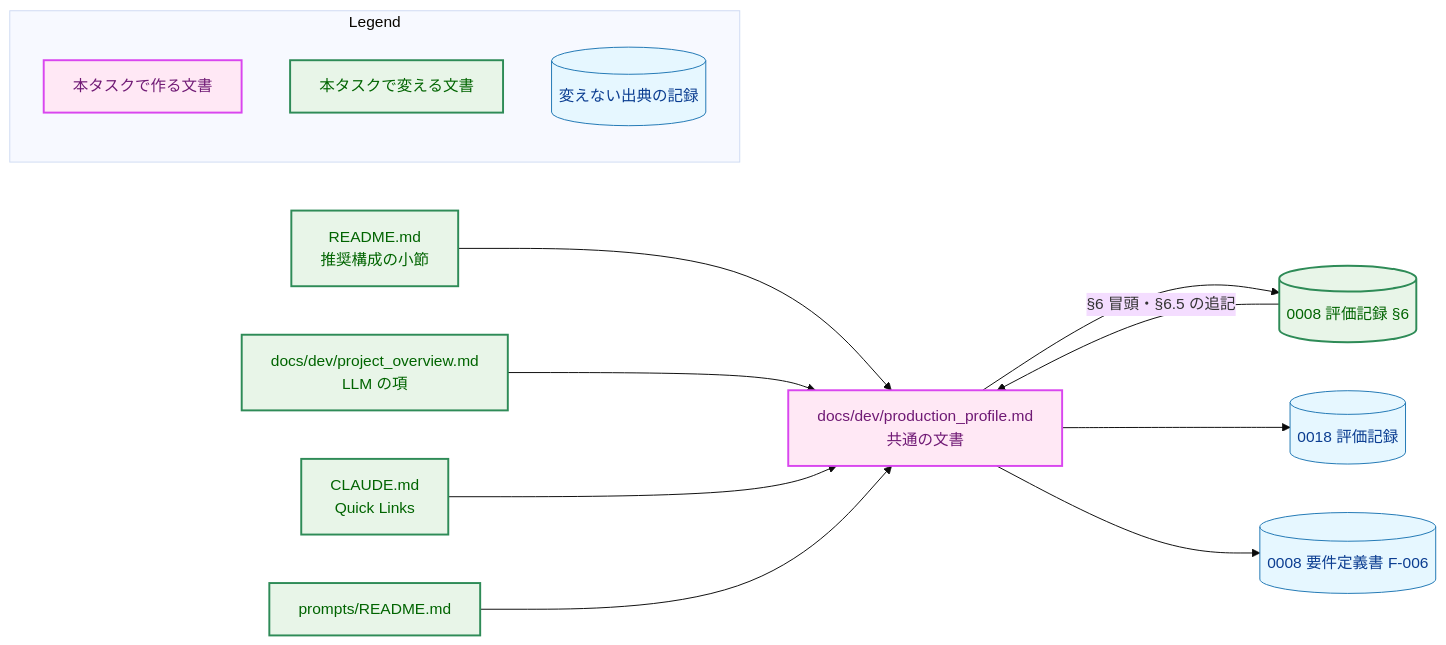
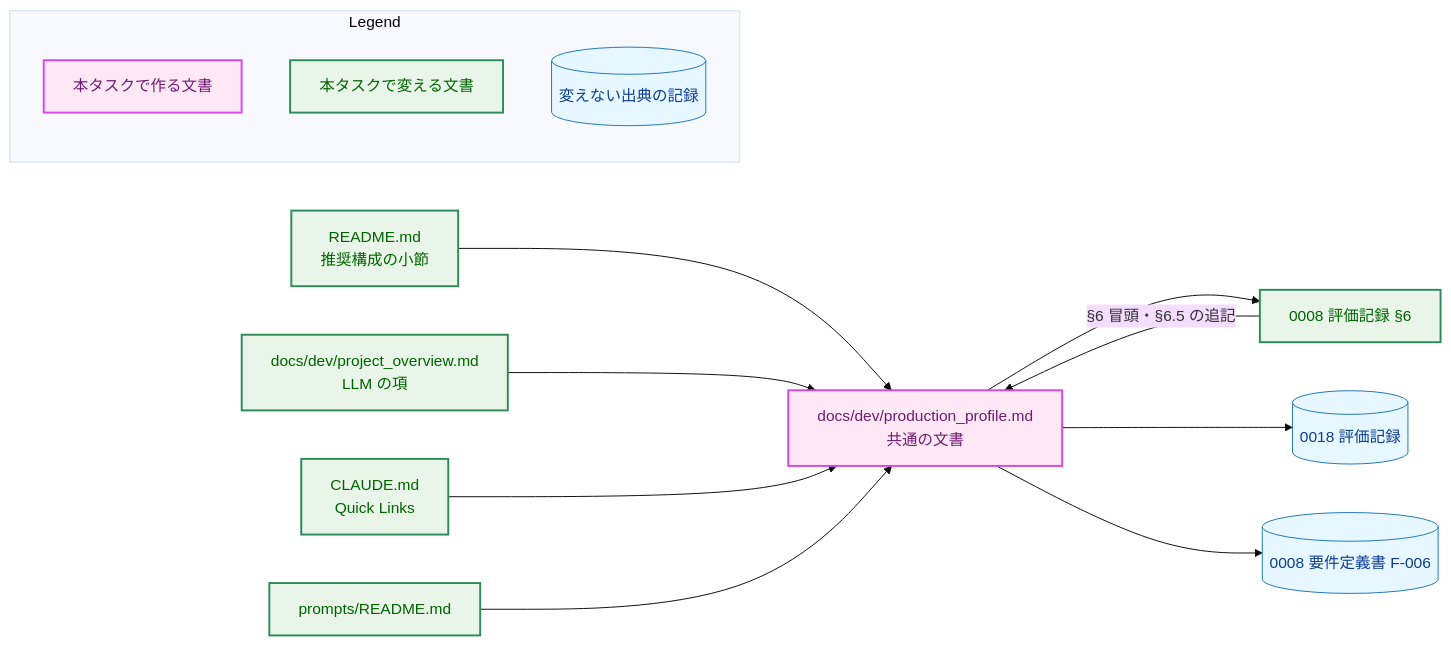
Before and after one commit to isseis/yt2column: the first of 4 diagrams in docs/tasks/0040_production_profile/02_architecture.md, drawn with Mermaid (base theme). The commit also changed other lines of this file, not shown here.

First line of the commit message:
docs(0040): address the architecture review and polish the Japanese prose

````diff
--- a/docs/tasks/0040_production_profile/02_architecture.md
+++ b/docs/tasks/0040_production_profile/02_architecture.md
@@ -54,39 +57,37 @@
 ```mermaid
 flowchart LR
     classDef data fill:#e6f7ff,stroke:#1f77b4,stroke-width:1px,color:#0b3d91;
-    classDef process fill:#fff1e6,stroke:#ff7f0e,stroke-width:1px,color:#8a3e00;
     classDef enhanced fill:#e8f5e8,stroke:#2e8b57,stroke-width:2px,color:#006400;
     classDef newpkg fill:#ffe8f5,stroke:#d946ef,stroke-width:2px,color:#701a75;
 
     PP["docs/dev/production_profile.md<br>共通の文書"]
-    EV8[("0008 評価記録 §6")]
+    EV8["0008 評価記録 §6"]
     EV18[("0018 評価記録")]
     REQ8[("0008 要件定義書 F-006")]
     RM["README.md<br>推奨構成の小節"]
     PO["docs/dev/project_overview.md<br>LLM の項"]
     CL["CLAUDE.md<br>Quick Links"]
     PR["prompts/README.md"]
 
     PP --> EV8
     PP --> EV18
     PP --> REQ8
     EV8 -->|"§6 冒頭・§6.5 の追記"| PP
     RM --> PP
     PO --> PP
     CL --> PP
     PR --> PP
 
     class PP newpkg
-    class EV8 enhanced
+    class EV8,RM,PO,CL,PR enhanced
     class EV18,REQ8 data
-    class RM,PO,CL,PR enhanced
 
     subgraph Legend["Legend"]
         L1["本タスクで作る文書"]
         L2["本タスクで変える文書"]
         L3[("変えない出典の記録")]
     end
     class L1 newpkg
     class L2 enhanced
     class L3 data
 ```
````
